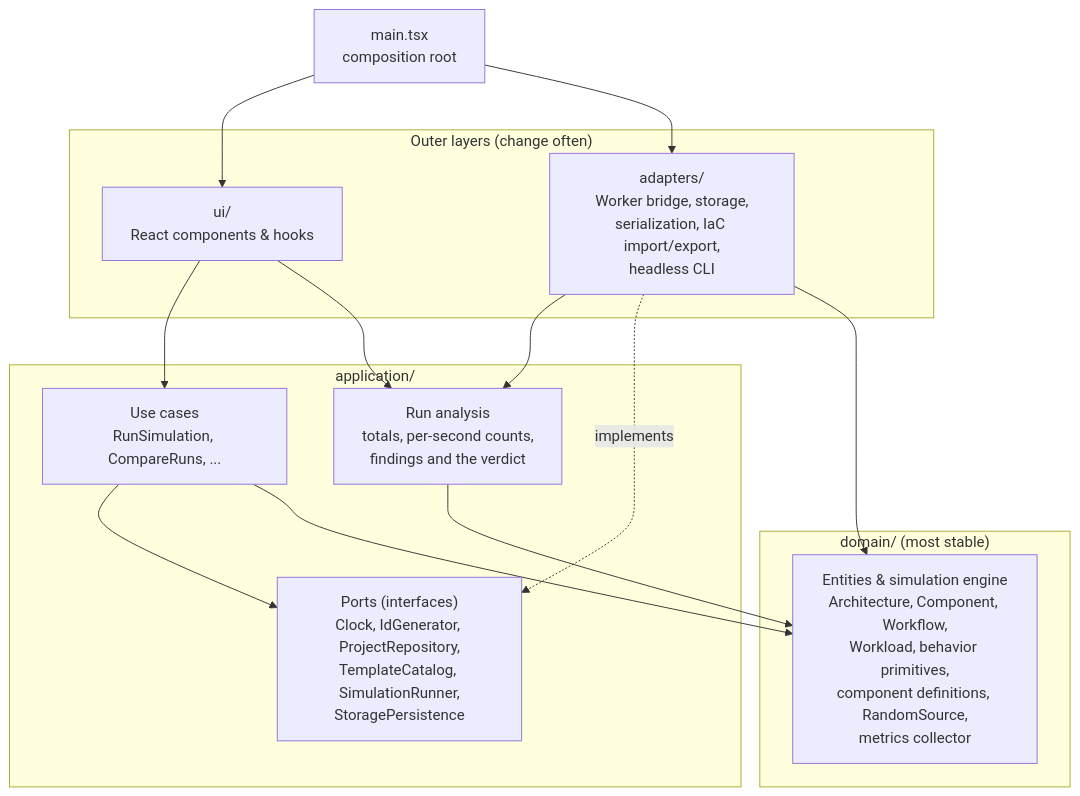
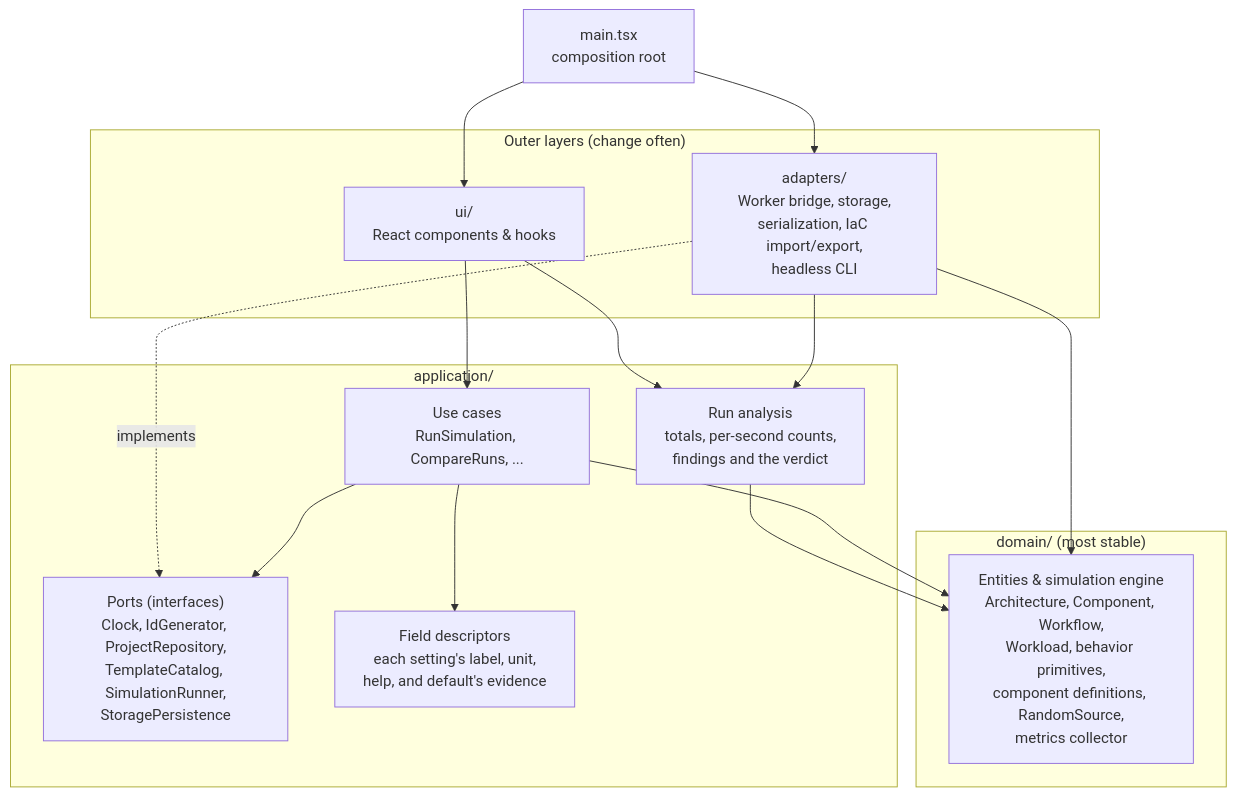
One commit to alanbickel/wind-tunnel changed the fifth of 5 diagrams in docs/architecture/architecture-overview.md. Above: the diagram before and after it, drawn with Mermaid. The commit also changed other lines of this file and 45 other files, not shown here.

````diff
--- a/docs/architecture/architecture-overview.md
+++ b/docs/architecture/architecture-overview.md
@@ -106,26 +106,28 @@
 ```mermaid
 flowchart TB
     subgraph outer["Outer layers (change often)"]
         UI["ui/<br/>React components & hooks"]
         AD["adapters/<br/>Worker bridge, storage,<br/>serialization, IaC import/export,<br/>headless CLI"]
     end
     subgraph app["application/"]
         UC["Use cases<br/>RunSimulation, CompareRuns, ..."]
         P["Ports (interfaces)<br/>Clock, IdGenerator, ProjectRepository,<br/>TemplateCatalog, SimulationRunner,<br/>StoragePersistence"]
         RA["Run analysis<br/>totals, per-second counts,<br/>findings and the verdict"]
+        FD["Field descriptors<br/>each setting's label, unit,<br/>help, and default's evidence"]
     end
     subgraph dom["domain/ (most stable)"]
         D["Entities & simulation engine<br/>Architecture, Component, Workflow,<br/>Workload, behavior primitives,<br/>component definitions, RandomSource,<br/>metrics collector"]
     end
 
     UI --> UC
     UI --> RA
     AD --> RA
     RA --> D
     AD -.->|implements| P
     UC --> P
+    UC --> FD
     UC --> D
     AD --> D
     MAIN["main.tsx<br/>composition root"] --> UI
     MAIN --> AD
 ```
````
